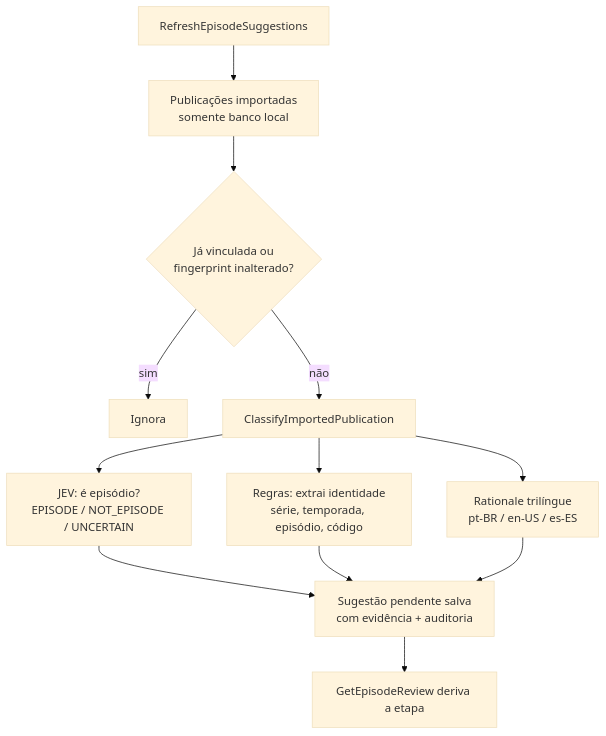
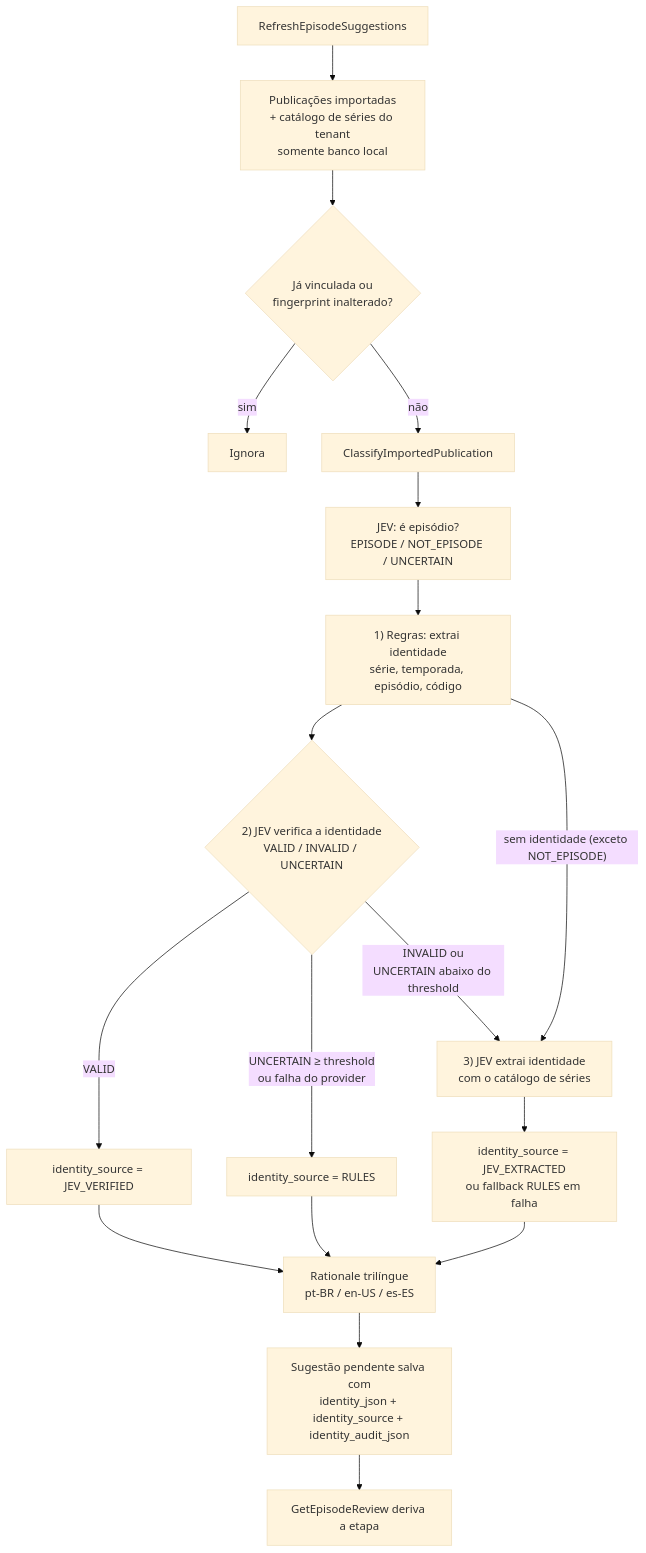
One commit to adrianojtf/content-manager changed the first of 5 diagrams in docs/specifications/episode-classification-flow.md. Above: the diagram before and after it, drawn with Mermaid (base theme). The commit also changed other lines of this file and 89 other files, not shown here.

````diff
--- a/docs/specifications/episode-classification-flow.md
+++ b/docs/specifications/episode-classification-flow.md
@@ -25,12 +25,18 @@
 ```mermaid
 flowchart TD
-    A[RefreshEpisodeSuggestions] --> B[Publicações importadas<br/>somente banco local]
+    A[RefreshEpisodeSuggestions] --> B[Publicações importadas<br/>+ catálogo de séries do tenant<br/>somente banco local]
     B --> C{Já vinculada ou<br/>fingerprint inalterado?}
     C -- sim --> S[Ignora]
     C -- não --> E[ClassifyImportedPublication]
     E --> F["JEV: é episódio?<br/>EPISODE / NOT_EPISODE / UNCERTAIN"]
-    E --> G["Regras: extrai identidade<br/>série, temporada, episódio, código"]
-    E --> H[Rationale trilíngue<br/>pt-BR / en-US / es-ES]
-    F & G & H --> I[Sugestão pendente salva<br/>com evidência + auditoria]
+    F --> G["1) Regras: extrai identidade<br/>série, temporada, episódio, código"]
+    G --> V{"2) JEV verifica a identidade<br/>VALID / INVALID / UNCERTAIN"}
+    V -- VALID --> IV["identity_source = JEV_VERIFIED"]
+    V -- "UNCERTAIN ≥ threshold<br/>ou falha do provider" --> IR["identity_source = RULES"]
+    V -- "INVALID ou<br/>UNCERTAIN abaixo do threshold" --> L["3) JEV extrai identidade<br/>com o catálogo de séries"]
+    G -- "sem identidade (exceto NOT_EPISODE)" --> L
+    L --> IX["identity_source = JEV_EXTRACTED<br/>ou fallback RULES em falha"]
+    IV & IR & IX --> H[Rationale trilíngue<br/>pt-BR / en-US / es-ES]
+    H --> I["Sugestão pendente salva com<br/>identity_json + identity_source + identity_audit_json"]
     I --> J[GetEpisodeReview deriva a etapa]
 ```
````
